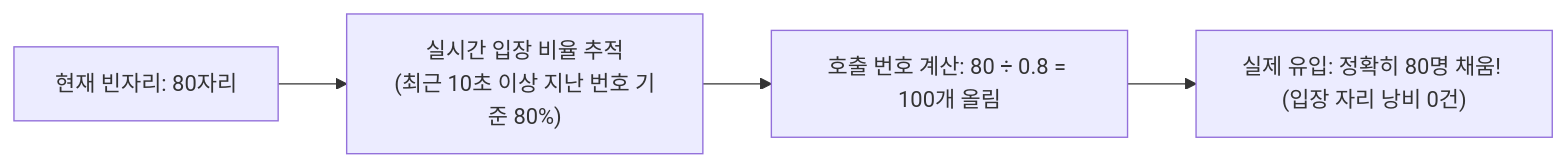
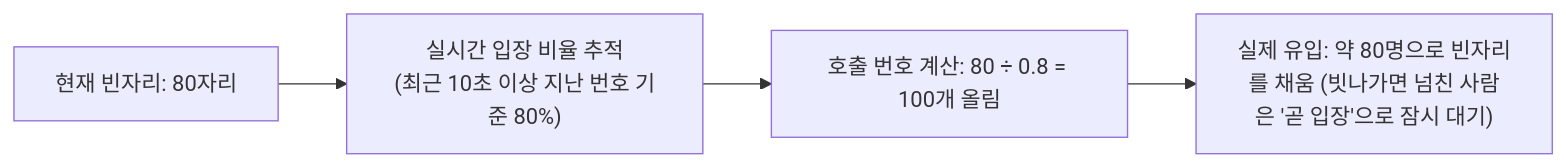
The third of 5 diagrams in guide/03-admission.md (peaket/peaket), drawn with Mermaid before and after one commit. The commit also changed other lines of this file and 111 other files, not shown here.

````diff
--- a/guide/03-admission.md
+++ b/guide/03-admission.md
@@ -79,6 +79,6 @@
 ```mermaid
 flowchart LR
     A["현재 빈자리: 80자리"] --> B["실시간 입장 비율 추적<br>(최근 10초 이상 지난 번호 기준 80%)"]
     B --> C["호출 번호 계산: 80 ÷ 0.8 = 100개 올림"]
-    C --> D["실제 유입: 정확히 80명 채움! (입장 자리 낭비 0건)"]
+    C --> D["실제 유입: 약 80명으로 빈자리를 채움 (빗나가면 넘친 사람은 '곧 입장'으로 잠시 대기)"]
 ```
````
